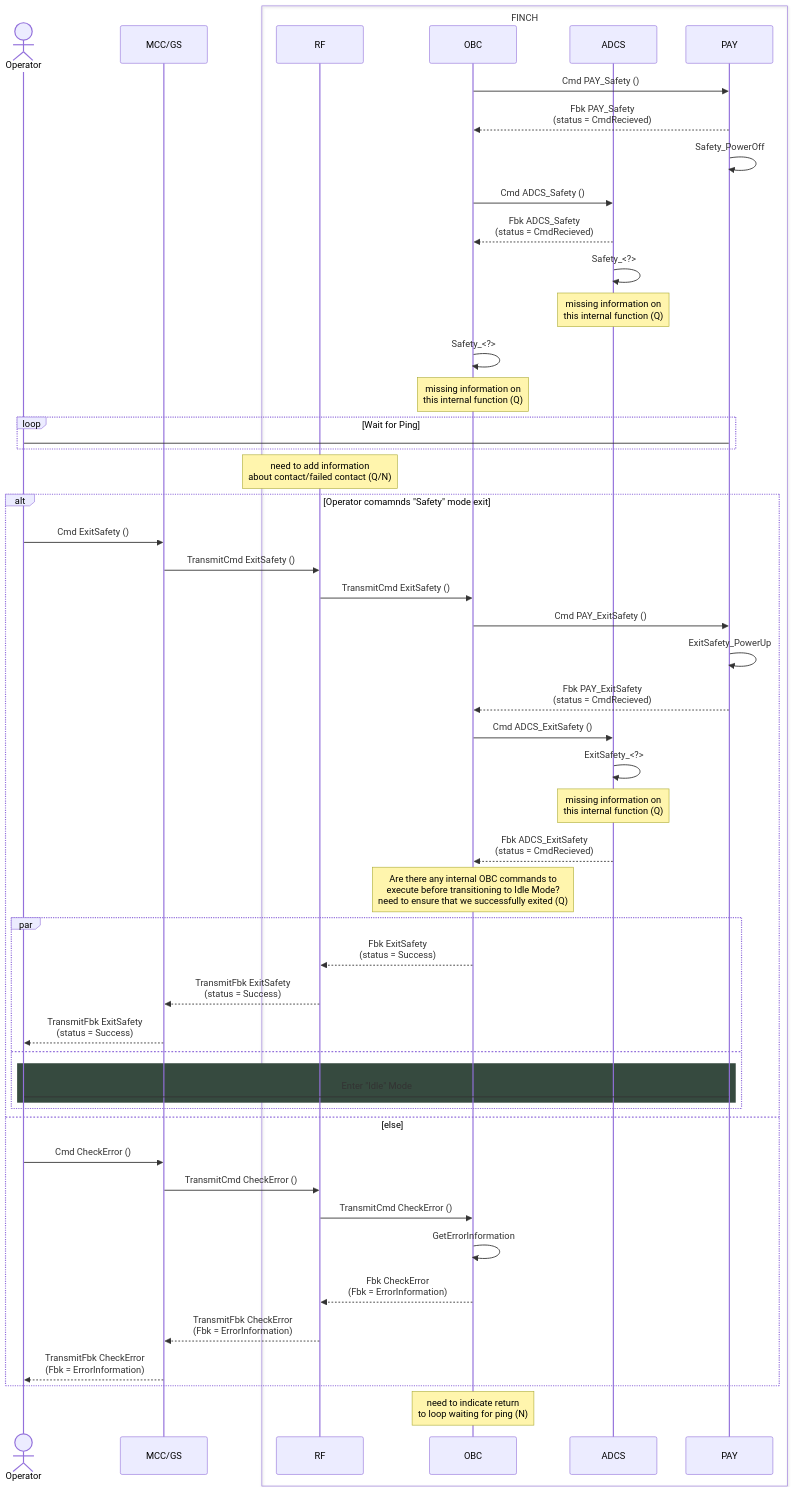
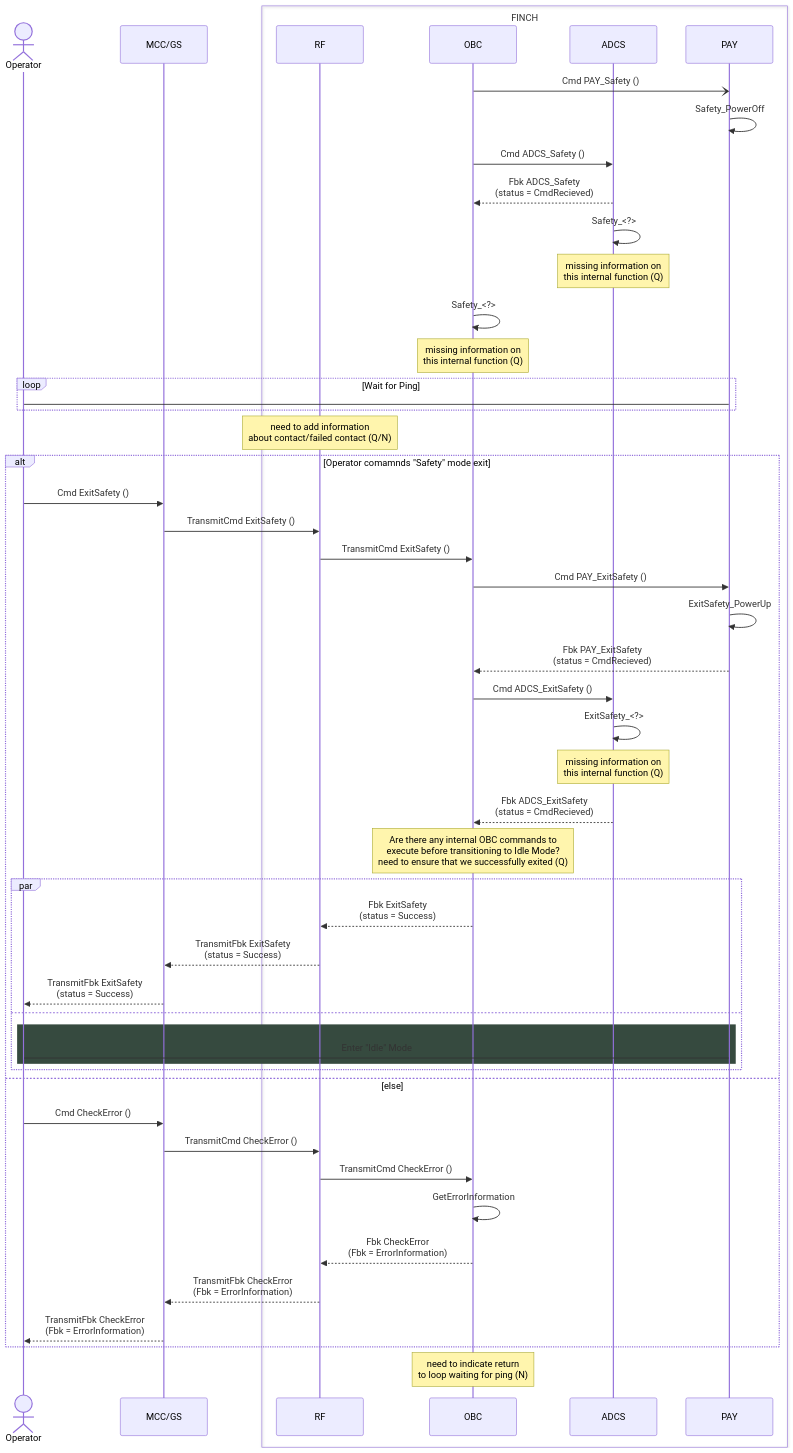
One commit to Addy-lit/FINCH-system-architecture changed the diagram in command sequences/safety-command.md. Above: the diagram before and after it, drawn with Mermaid.

````diff
--- a/command sequences/safety-command.md
+++ b/command sequences/safety-command.md
@@ -2,66 +2,65 @@
 ```mermaid
 sequenceDiagram
     Actor Operator
     participant MCC/GS
     box FINCH
 	participant RF
     	participant OBC
     	participant ADCS
     	participant PAY
 	end
 
-    OBC ->> PAY: Cmd PAY_Safety ()
-    PAY -->> OBC: Fbk PAY_Safety <br> (status = CmdRecieved)
+    OBC -) PAY: Cmd PAY_Safety ()
     PAY ->> PAY: Safety_PowerOff
   
     OBC ->> ADCS: Cmd ADCS_Safety ()
     ADCS -->> OBC: Fbk ADCS_Safety <br> (status = CmdRecieved)
     ADCS ->> ADCS: Safety_<?>
     note over ADCS: missing information on <br> this internal function (Q)
 
 
     OBC ->> OBC: Safety_<?>
     note over OBC: missing information on <br> this internal function (Q)
 
     loop Wait for Ping
         Operator -> PAY: 
     end
 	
 	note over RF: need to add information <br> about contact/failed contact (Q/N)
 	alt Operator comamnds "Safety" mode exit
 		Operator ->> MCC/GS: Cmd ExitSafety ()
 		MCC/GS ->> RF: TransmitCmd ExitSafety ()
 		RF ->> OBC: TransmitCmd ExitSafety ()
 
         OBC ->> PAY: Cmd PAY_ExitSafety ()
         PAY ->> PAY: ExitSafety_PowerUp
         PAY -->> OBC: Fbk PAY_ExitSafety <br> (status = CmdRecieved)
   
         OBC ->> ADCS: Cmd ADCS_ExitSafety ()
         ADCS ->> ADCS: ExitSafety_<?>
         note over ADCS: missing information on <br> this internal function (Q)
         ADCS -->> OBC: Fbk ADCS_ExitSafety <br> (status = CmdRecieved)
 
 		note over OBC: Are there any internal OBC commands to <br> execute before transitioning to Idle Mode? <br> need to ensure that we successfully exited (Q)
 
 		par
 			OBC -->> RF: Fbk ExitSafety <br> (status = Success)
 			RF -->> MCC/GS: TransmitFbk ExitSafety <br> (status = Success)
 			MCC/GS -->> Operator: TransmitFbk ExitSafety <br> (status = Success)
 		and
 			rect rgb(54,74,63)
 				Operator -> PAY: Enter "Idle" Mode
 			end
 		end
 	else else
 		Operator ->> MCC/GS: Cmd CheckError ()
 		MCC/GS ->> RF: TransmitCmd CheckError ()
 		RF ->> OBC: TransmitCmd CheckError ()
 		OBC ->> OBC: GetErrorInformation
 		OBC -->> RF: Fbk CheckError <br> (Fbk = ErrorInformation)
 		RF -->> MCC/GS: TransmitFbk CheckError <br> (Fbk = ErrorInformation)
 		MCC/GS -->> Operator: TransmitFbk CheckError <br> (Fbk = ErrorInformation)
 	end
 
 	note over OBC: need to indicate return <br> to loop waiting for ping (N)
 ```
````
